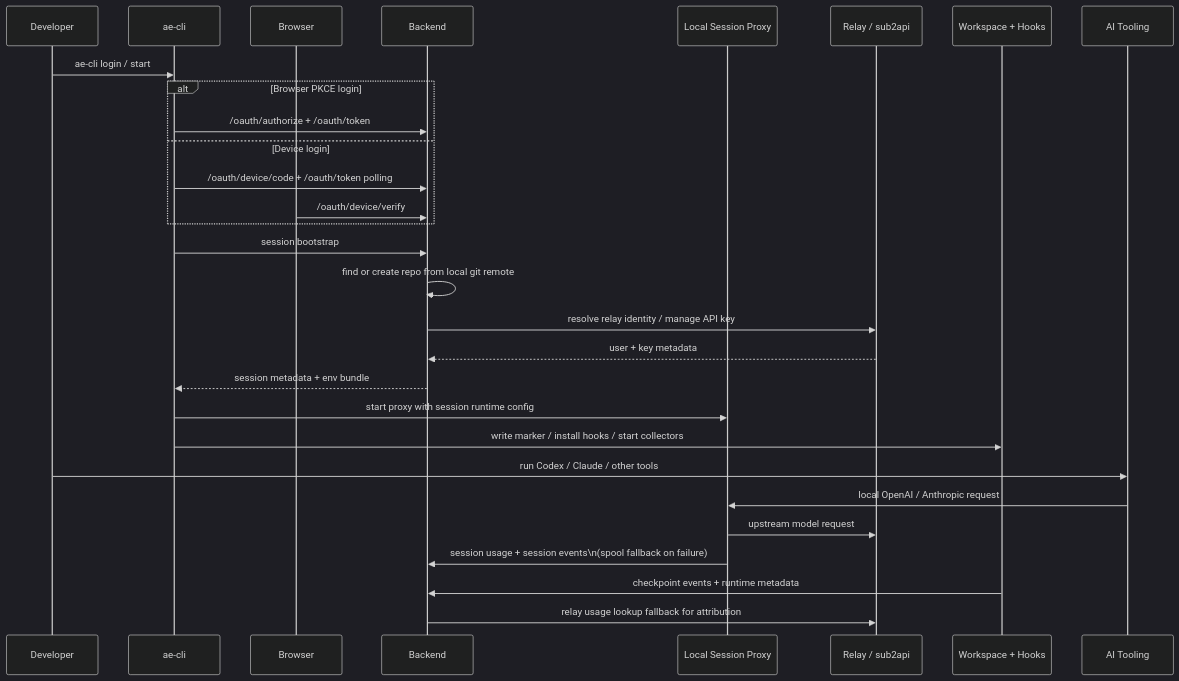
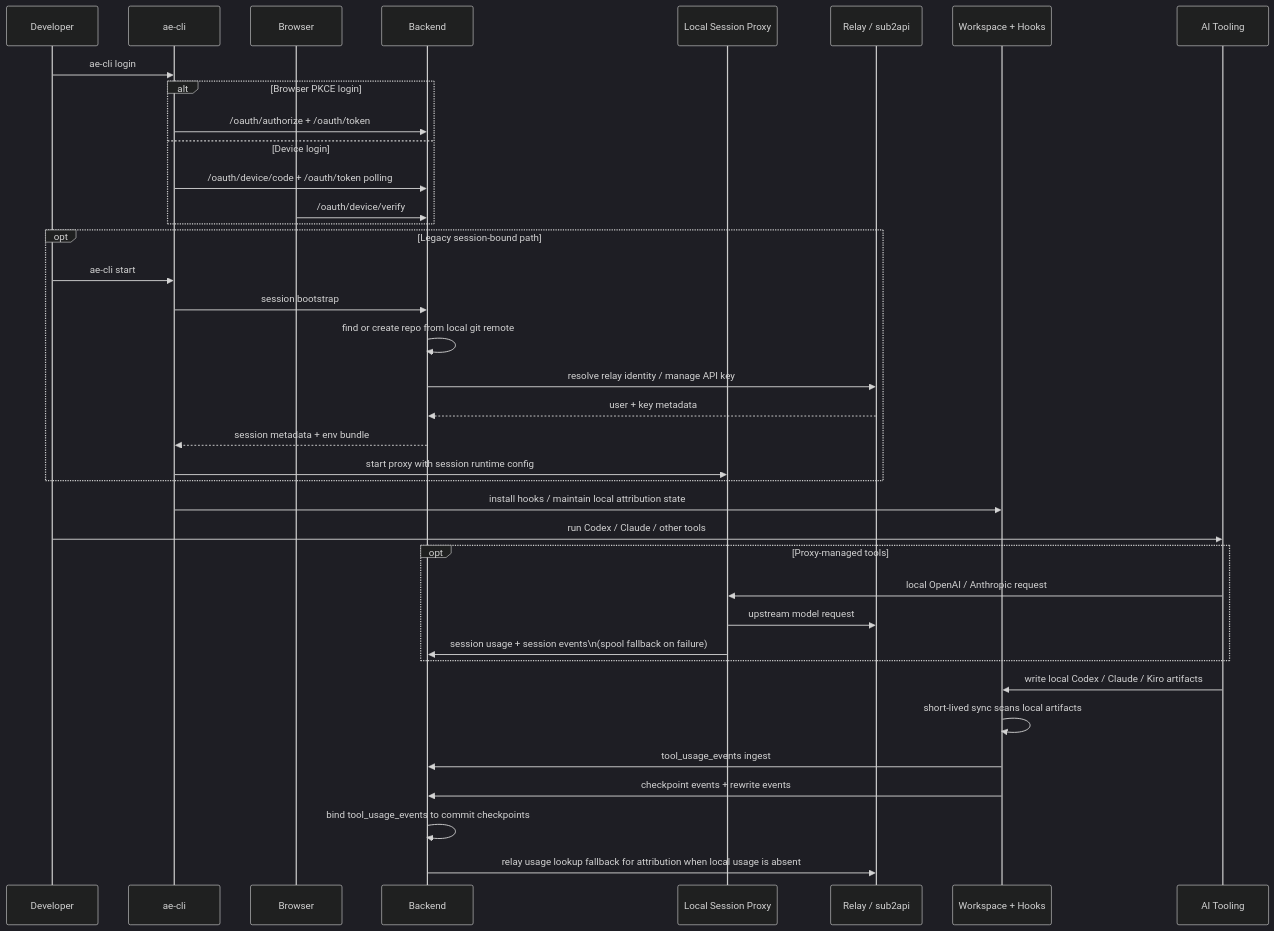
Before and after one commit to LichKing-2234/ai-efficiency: the third of 4 diagrams in docs/architecture.md, drawn with Mermaid (dark theme). The commit also changed other lines of this file and 4 other files, not shown here.

Commit message:
feat(attribution): bind local tool usage to checkpoints

````diff
--- a/docs/architecture.md
+++ b/docs/architecture.md
@@ -122,32 +125,41 @@
 ```mermaid
 sequenceDiagram
     participant Dev as Developer
     participant CLI as ae-cli
     participant Browser as Browser
     participant BE as Backend
     participant Proxy as Local Session Proxy
     participant Relay as Relay / sub2api
     participant WS as Workspace + Hooks
     participant Tool as AI Tooling
 
-    Dev->>CLI: ae-cli login / start
+    Dev->>CLI: ae-cli login
     alt Browser PKCE login
         CLI->>BE: /oauth/authorize + /oauth/token
     else Device login
         CLI->>BE: /oauth/device/code + /oauth/token polling
         Browser->>BE: /oauth/device/verify
     end
-    CLI->>BE: session bootstrap
-    BE->>BE: find or create repo from local git remote
-    BE->>Relay: resolve relay identity / manage API key
-    Relay-->>BE: user + key metadata
-    BE-->>CLI: session metadata + env bundle
-    CLI->>Proxy: start proxy with session runtime config
-    CLI->>WS: write marker / install hooks / start collectors
+    opt Legacy session-bound path
+        Dev->>CLI: ae-cli start
+        CLI->>BE: session bootstrap
+        BE->>BE: find or create repo from local git remote
+        BE->>Relay: resolve relay identity / manage API key
+        Relay-->>BE: user + key metadata
+        BE-->>CLI: session metadata + env bundle
+        CLI->>Proxy: start proxy with session runtime config
+    end
+    CLI->>WS: install hooks / maintain local attribution state
     Dev->>Tool: run Codex / Claude / other tools
-    Tool->>Proxy: local OpenAI / Anthropic request
-    Proxy->>Relay: upstream model request
-    Proxy->>BE: session usage + session events\n(spool fallback on failure)
-    WS->>BE: checkpoint events + runtime metadata
-    BE->>Relay: relay usage lookup fallback for attribution
+    opt Proxy-managed tools
+        Tool->>Proxy: local OpenAI / Anthropic request
+        Proxy->>Relay: upstream model request
+        Proxy->>BE: session usage + session events\n(spool fallback on failure)
+    end
+    Tool->>WS: write local Codex / Claude / Kiro artifacts
+    WS->>WS: short-lived sync scans local artifacts
+    WS->>BE: tool_usage_events ingest
+    WS->>BE: checkpoint events + rewrite events
+    BE->>BE: bind tool_usage_events to commit checkpoints
+    BE->>Relay: relay usage lookup fallback for attribution when local usage is absent
 ```
````
